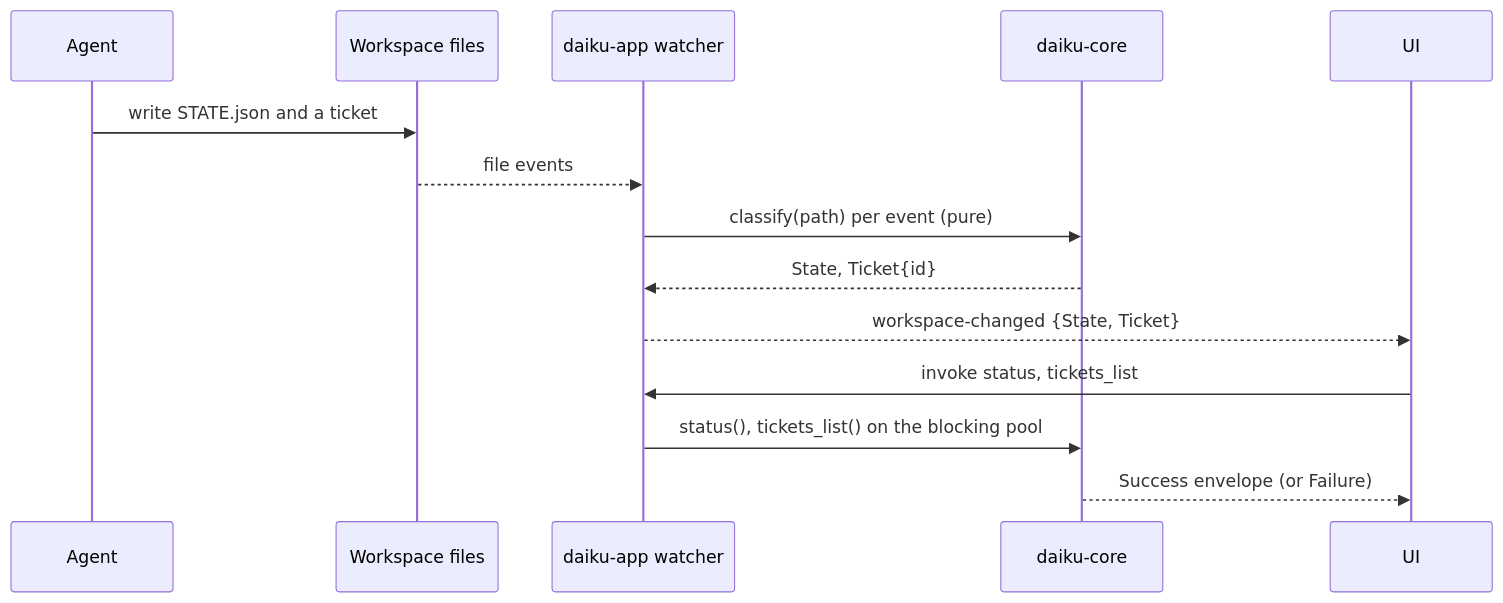
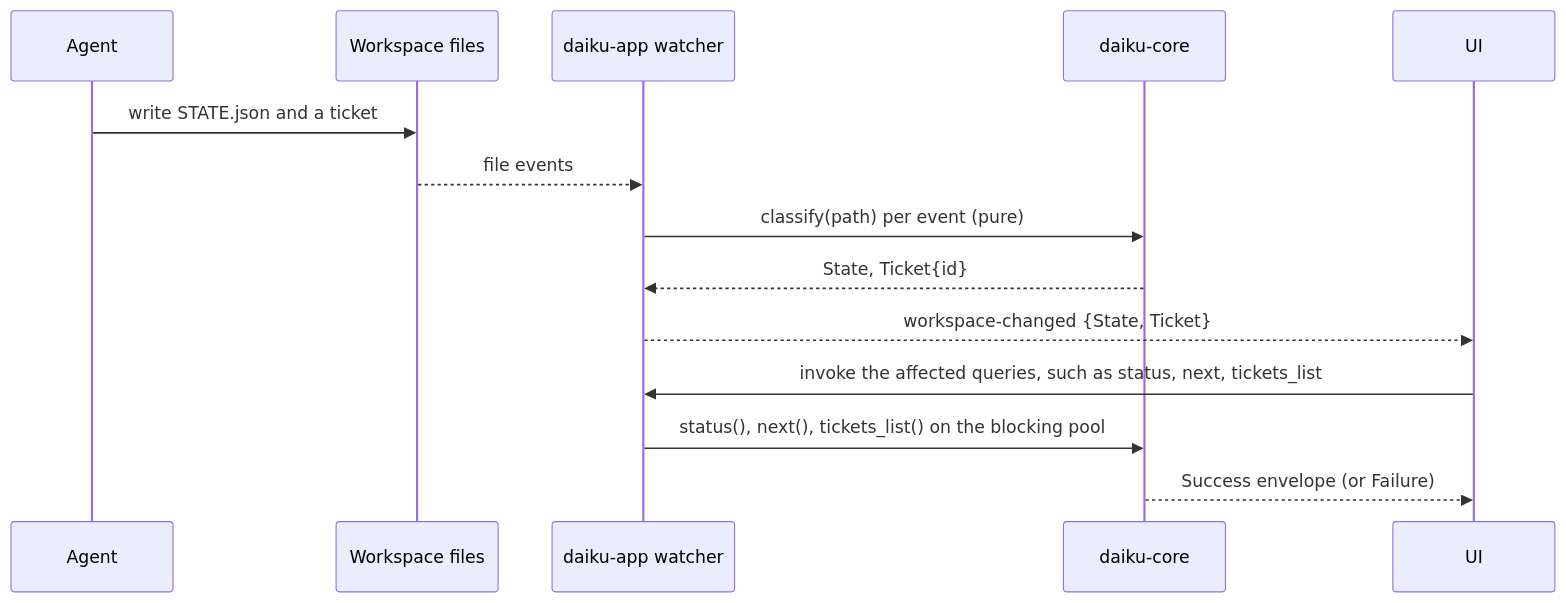
Before and after one commit to btdstudio/daiku: the diagram in docs/app/design.md, drawn with Mermaid. The commit also changed other lines of this file, not shown here.

````diff
--- a/docs/app/design.md
+++ b/docs/app/design.md
@@ -362,16 +476,16 @@
 ```mermaid
 sequenceDiagram
     participant Agent
     participant FS as Workspace files
     participant W as daiku-app watcher
     participant Core as daiku-core
     participant UI
     Agent->>FS: write STATE.json and a ticket
     FS-->>W: file events
     W->>Core: classify(path) per event (pure)
     Core-->>W: State, Ticket{id}
     W-->>UI: workspace-changed {State, Ticket}
-    UI->>W: invoke status, tickets_list
-    W->>Core: status(), tickets_list() on the blocking pool
+    UI->>W: invoke the affected queries, such as status, next, tickets_list
+    W->>Core: status(), next(), tickets_list() on the blocking pool
     Core-->>UI: Success envelope (or Failure)
 ```
````
